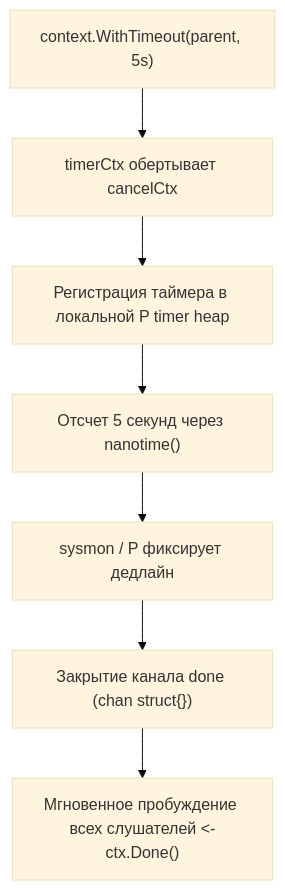
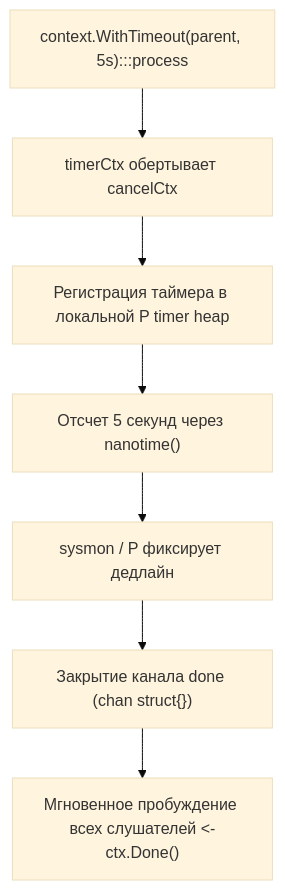
One commit to UnrealTemplier/go-textbook changed the second of 3 diagrams in sources/14. Распределенные системы на Go/05. Надежность/3. Timeout.md. Above: the diagram before and after it, drawn with Mermaid (base theme). The commit also changed other lines of this file and 1666 other files, not shown here.

First line of the commit message:
feat(mermaid): add semantic color classDef to 1369 colorless flowchart/graph diagrams

````diff
--- a/sources/14. Распределенные системы на Go/05. Надежность/3. Timeout.md
+++ b/sources/14. Распределенные системы на Go/05. Надежность/3. Timeout.md
@@ -38,9 +48,19 @@
 ```mermaid
 flowchart TD
-    Init["context.WithTimeout(parent, 5s)"] --> Struct["timerCtx обертывает cancelCtx"]
+    classDef process  fill:#1e293b,stroke:#38bdf8,stroke-width:1px,color:#f8fafc
+    classDef success  fill:#064e3b,stroke:#34d399,stroke-width:1px,color:#f8fafc
+    classDef error    fill:#7f1d1d,stroke:#f87171,stroke-width:1px,color:#f8fafc
+    classDef warning  fill:#78350f,stroke:#fbbf24,stroke-width:1px,color:#f8fafc
+    classDef entry    fill:#1e3a5f,stroke:#38bdf8,stroke-width:2px,color:#f8fafc
+    classDef aux      fill:#334155,stroke:#64748b,stroke-width:1px,color:#f8fafc
+    classDef system   fill:#312e81,stroke:#a78bfa,stroke-width:1px,color:#f8fafc
+    classDef data     fill:#132d29,stroke:#2dd4bf,stroke-width:1px,color:#f8fafc
+    classDef network  fill:#881337,stroke:#fb7185,stroke-width:1px,color:#f8fafc
+    classDef accent   fill:#1e1b4b,stroke:#818cf8,stroke-width:1px,color:#f8fafc
+    Init["context.WithTimeout(parent, 5s):::process"] --> Struct["timerCtx обертывает cancelCtx"]
     Struct --> Heap["Регистрация таймера в локальной P timer heap"]
     Heap --> Clock["Отсчет 5 секунд через nanotime()"]
     Clock --> Trigger["sysmon / P фиксирует дедлайн"]
     Trigger --> Broadcast["Закрытие канала done (chan struct{})"]
     Broadcast --> Wake["Мгновенное пробуждение всех слушателей <-ctx.Done()"]
 ```
````
